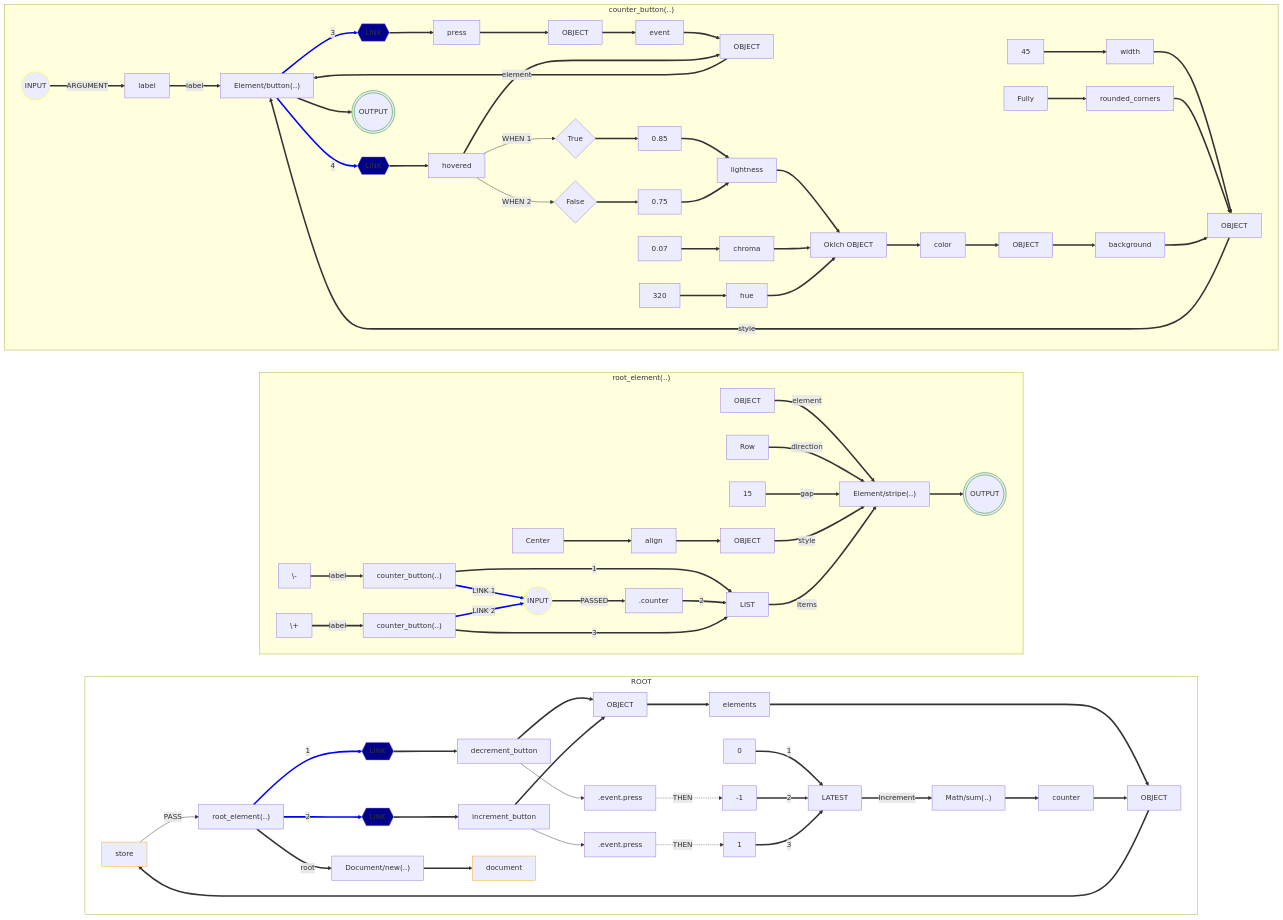
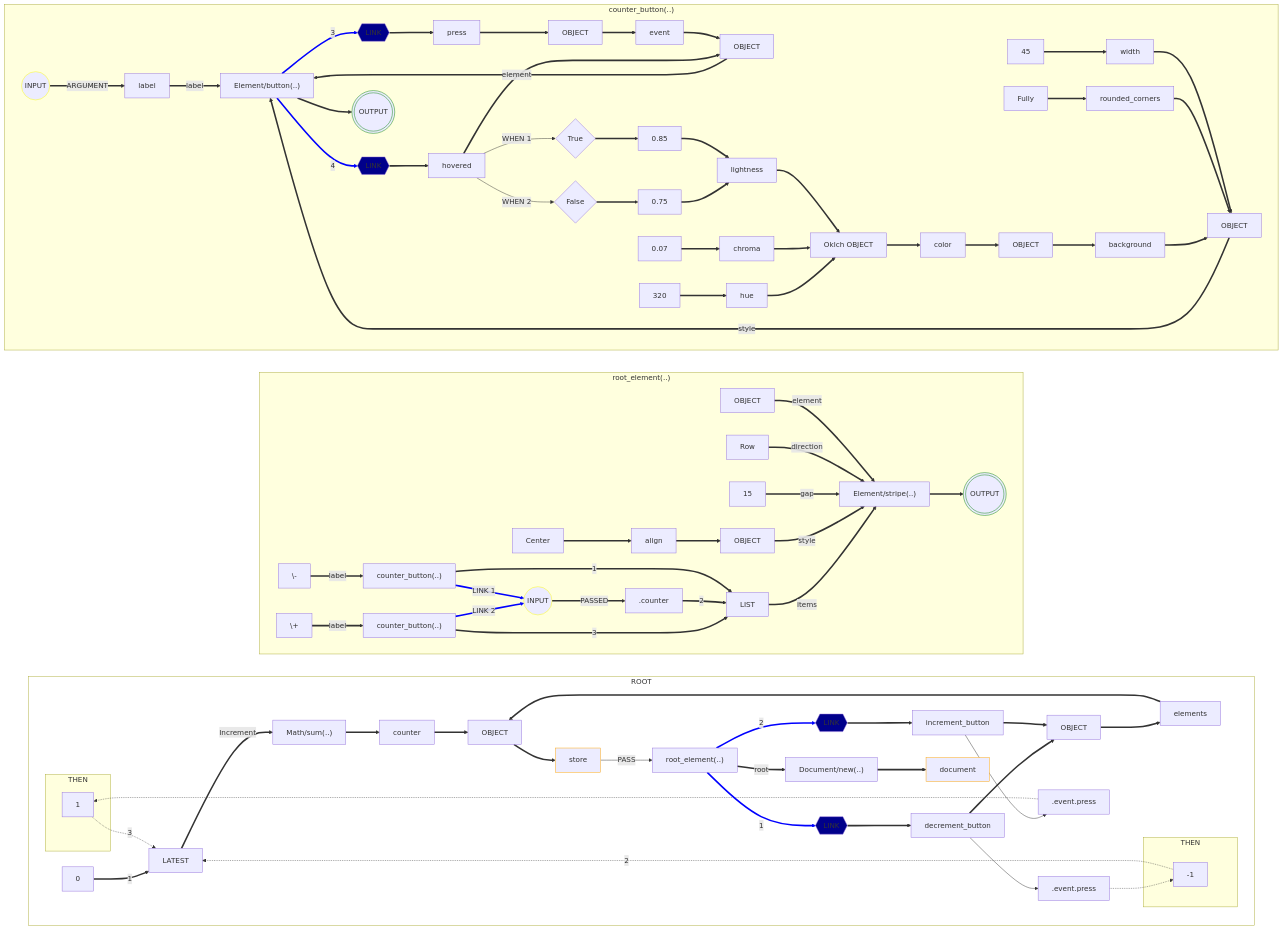
The diagram in examples/boon_lang/frontend/src/examples/counter_flow.md (MoonZoon/MoonZoon), drawn with Mermaid before and after one commit. The commit also changed 2 other files, not shown here.

Commit message:
THEN and __ back

```diff
--- a/examples/boon_lang/frontend/src/examples/counter_flow.md
+++ b/examples/boon_lang/frontend/src/examples/counter_flow.md
@@ -33,15 +33,22 @@
         NUM_0__9["0"]
         GET_elements.decrement_button.event.press__10[".event.press"]   
         GET_elements.increment_button.event.press__11[".event.press"]
-        NUM_minus_1__14["-1"]
-        NUM_1__15["1"]   
         CALL_Math_sum__16["Math/sum(..)"]
 
+        subgraph THEN__68["THEN"]
+            NUM_minus_1__14["-1"]
+        end
+
+        subgraph THEN__70["THEN"]
+            NUM_1__15["1"]
+        end
+
+        GET_elements.decrement_button.event.press__10 .-> NUM_minus_1__14
+        GET_elements.increment_button.event.press__11 .-> NUM_1__15
+
         NUM_0__9 ==> |"1"| LATEST__8
-        GET_elements.decrement_button.event.press__10 .-> |"THEN"| NUM_minus_1__14
-        GET_elements.increment_button.event.press__11 .-> |"THEN"| NUM_1__15
-        NUM_minus_1__14 ==> |"2"| LATEST__8
-        NUM_1__15 ==> |"3"| LATEST__8
+        NUM_minus_1__14 .-> |"2"| LATEST__8
+        NUM_1__15 .-> |"3"| LATEST__8
         LATEST__8 ==> |"Increment"| CALL_Math_sum__16
         CALL_Math_sum__16 ==> VAR_counter__7
         VAR_counter__7 ==> OBJ__67
```
